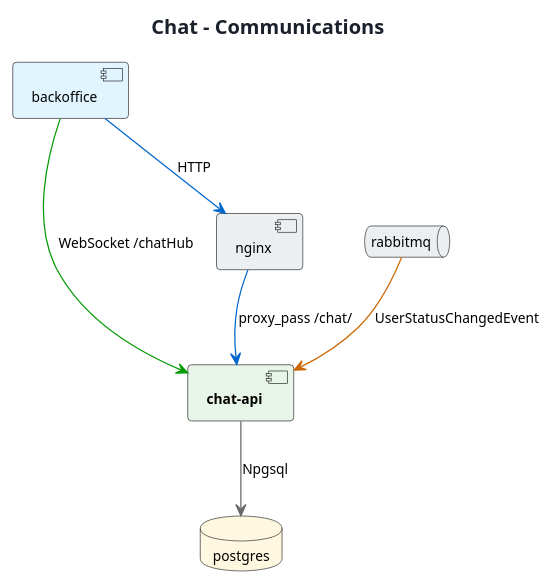
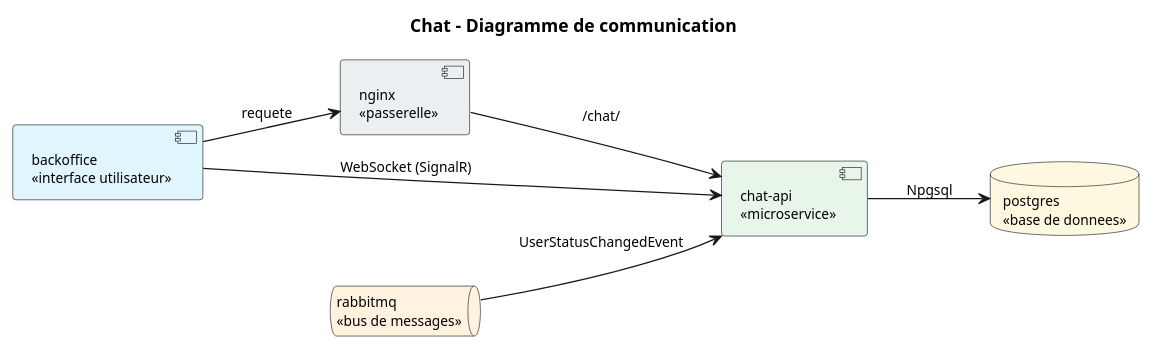
One commit to saber-barhoumi/Xpark-gmao changed the diagram in docs/diagrams/microservices/Chat/Chat-communication.puml. Above: the diagram before and after it, drawn with PlantUML. The commit also changed 23 other files, not shown here.

First line of the commit message:
docs(uml): mise en page des cas d'utilisation et des communications

```diff
--- a/docs/diagrams/microservices/Chat/Chat-communication.puml
+++ b/docs/diagrams/microservices/Chat/Chat-communication.puml
@@ -1,32 +1,40 @@
 @startuml
 skinparam style strictuml
-skinparam backgroundColor #FFFFFF
+skinparam packageStyle rectangle
+skinparam classAttributeIconSize 0
 skinparam shadowing false
 skinparam defaultFontName Verdana
 skinparam defaultFontSize 11
-skinparam roundCorner 6
-skinparam ArrowColor #4A5568
-skinparam TitleFontSize 16
-skinparam TitleFontColor #1A202C
-skinparam NoteBackgroundColor #FFF8DC
-skinparam NoteBorderColor #D6BF7A
+skinparam backgroundColor #FFFFFF
+hide empty members
 skinparam componentStyle rectangle
+left to right direction
 
-title Chat - Communications
 
-skinparam componentStyle rectangle
+title Chat - Diagramme de communication
 
-component "**chat-api**" as ME #E8F5E9
+' 1. Clients
+component "backoffice\n<<interface utilisateur>>" as BO #E1F5FE
 
-component "backoffice" as BO #E1F5FE
-component "nginx" as GWc #ECEFF1
-database "postgres" as PG #FFF8E1
-queue "rabbitmq" as MQ #ECEFF1
+' 2. Passerelle
+component "nginx\n<<passerelle>>" as GW #ECEFF1
 
-BO -[#0066CC]-> GWc : HTTP
-GWc -[#0066CC]-> ME : proxy_pass /chat/
-ME -[#666666]-> PG : Npgsql
-MQ -[#CC6600]-> ME : UserStatusChangedEvent
-BO -[#009900]-> ME : WebSocket /chatHub
+' 3. Service
+component "chat-api\n<<microservice>>" as API #E8F5E9
+
+' 4. Persistance et messagerie
+database "postgres\n<<base de donnees>>" as BD #FFF8E1
+queue "rabbitmq\n<<bus de messages>>" as MQ #FFF3E0
+
+' Flux synchrone (HTTP), de gauche a droite
+BO --> GW : requete
+GW --> API : /chat/
+API --> BD : Npgsql
+
+' Flux asynchrone (AMQP) : une seule fleche par famille de cles
+MQ --> API : UserStatusChangedEvent
+
+' Flux temps reel
+BO --> API : WebSocket (SignalR)
 
 @enduml
```
